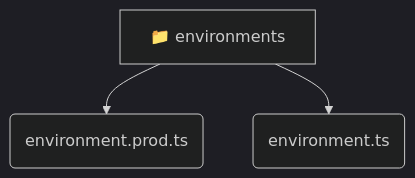
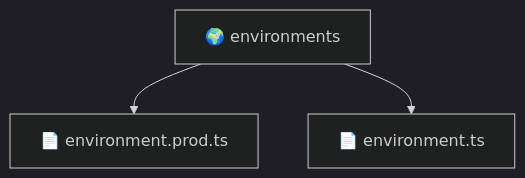
The diagram in frontend/src/environments/README.md (beginwebdev2002/fullstack-mavluda), drawn with Mermaid (dark theme) before and after one commit. The commit also changed other lines of this file and 163 other files, not shown here.

````diff
--- a/frontend/src/environments/README.md
+++ b/frontend/src/environments/README.md
@@ -9,6 +9,6 @@
 ```mermaid
 graph TD
-  environments[📁 environments]
-  environments --> environments_environment_prod_ts(environment.prod.ts)
-  environments --> environments_environment_ts(environment.ts)
+  Root["🌍 environments"]
+  Root --> environmentprodts["📄 environment.prod.ts"]
+  Root --> environmentts["📄 environment.ts"]
 ```
````
